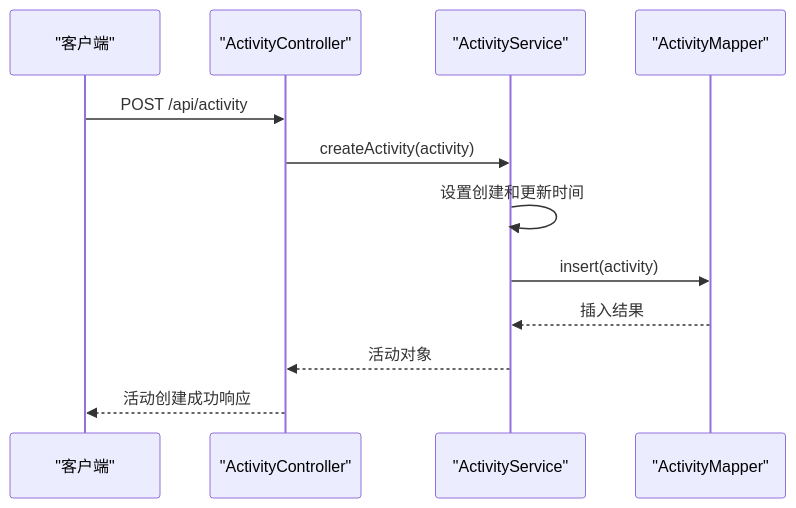
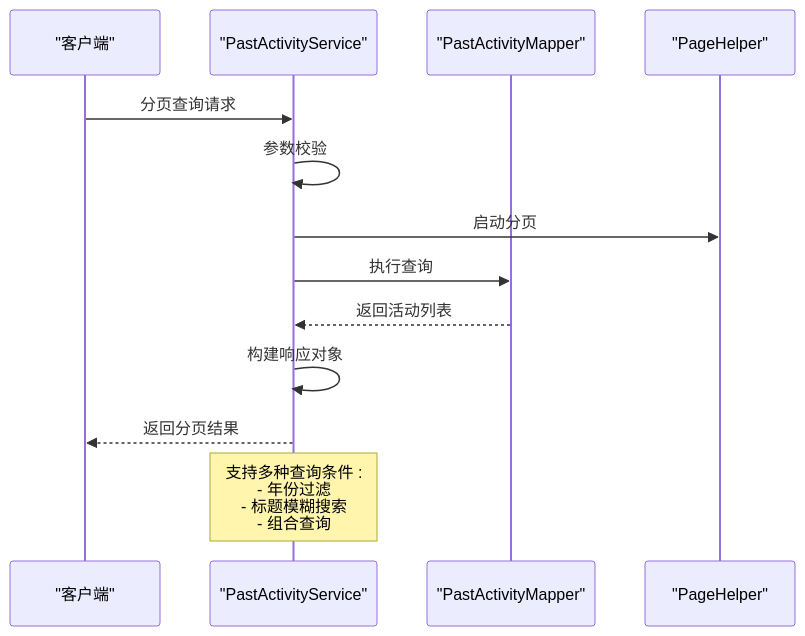
Before and after one commit to Redmoon-2333/HumanResourceOfficial: the sixth of 10 diagrams in .qoder/repowiki/zh/content/业务逻辑层/业务逻辑层.md, drawn with Mermaid. The commit also changed other lines of this file and 60 other files, not shown here.

````diff
--- a/.qoder/repowiki/zh/content/业务逻辑层/业务逻辑层.md
+++ b/.qoder/repowiki/zh/content/业务逻辑层/业务逻辑层.md
@@ -186,14 +447,15 @@
 ```mermaid
 sequenceDiagram
 participant Client as "客户端"
-participant ActivityController as "ActivityController"
-participant ActivityService as "ActivityService"
-participant ActivityMapper as "ActivityMapper"
-Client->>ActivityController : POST /api/activity
-ActivityController->>ActivityService : createActivity(activity)
-ActivityService->>ActivityService : 设置创建和更新时间
-ActivityService->>ActivityMapper : insert(activity)
-ActivityMapper-->>ActivityService : 插入结果
-ActivityService-->>ActivityController : 活动对象
-ActivityController-->>Client : 活动创建成功响应
+participant Service as "PastActivityService"
+participant Mapper as "PastActivityMapper"
+participant PageHelper as "PageHelper"
+Client->>Service : 分页查询请求
+Service->>Service : 参数校验
+Service->>PageHelper : 启动分页
+Service->>Mapper : 执行查询
+Mapper-->>Service : 返回活动列表
+Service->>Service : 构建响应对象
+Service-->>Client : 返回分页结果
+Note over Service : 支持多种查询条件 : <br/>- 年份过滤<br/>- 标题模糊搜索<br/>- 组合查询
 ```
````
